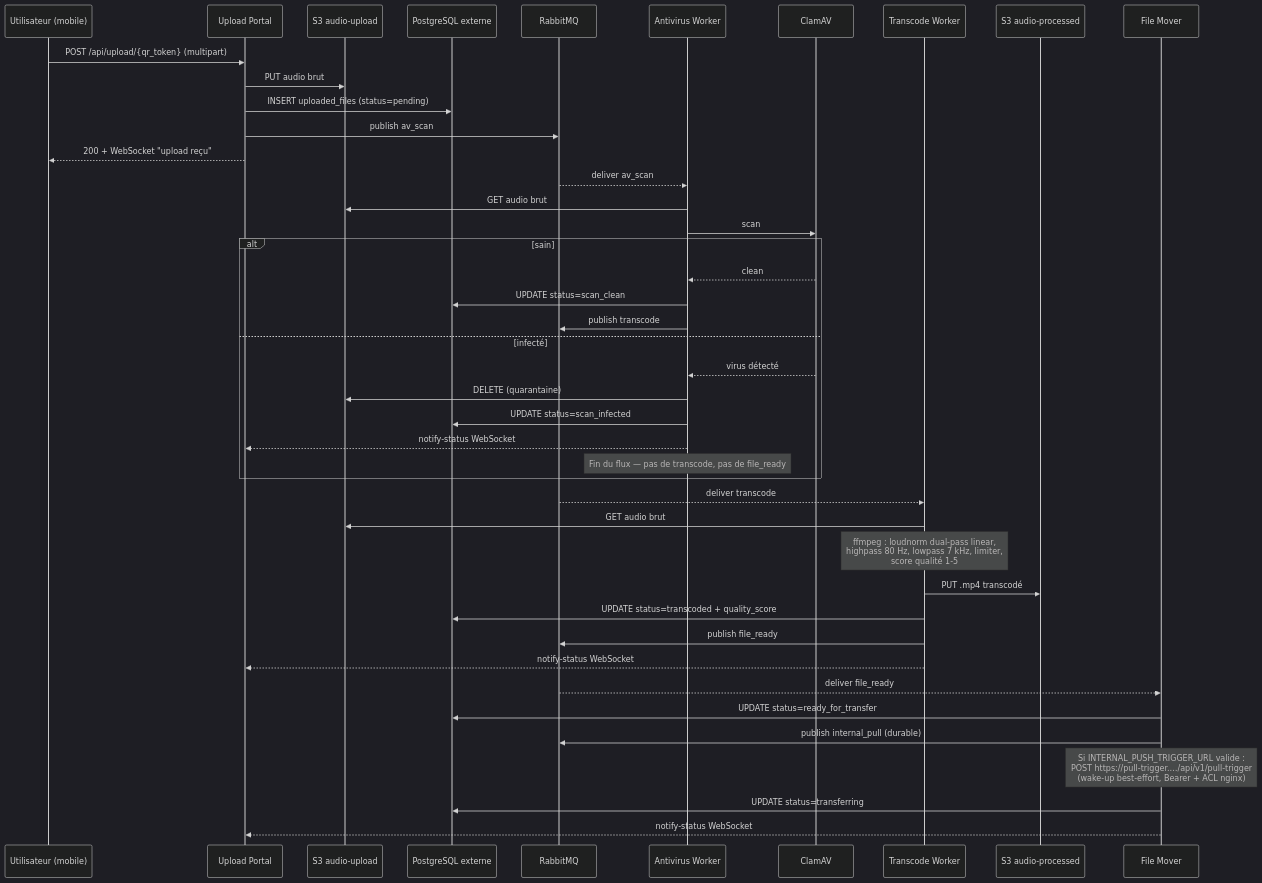
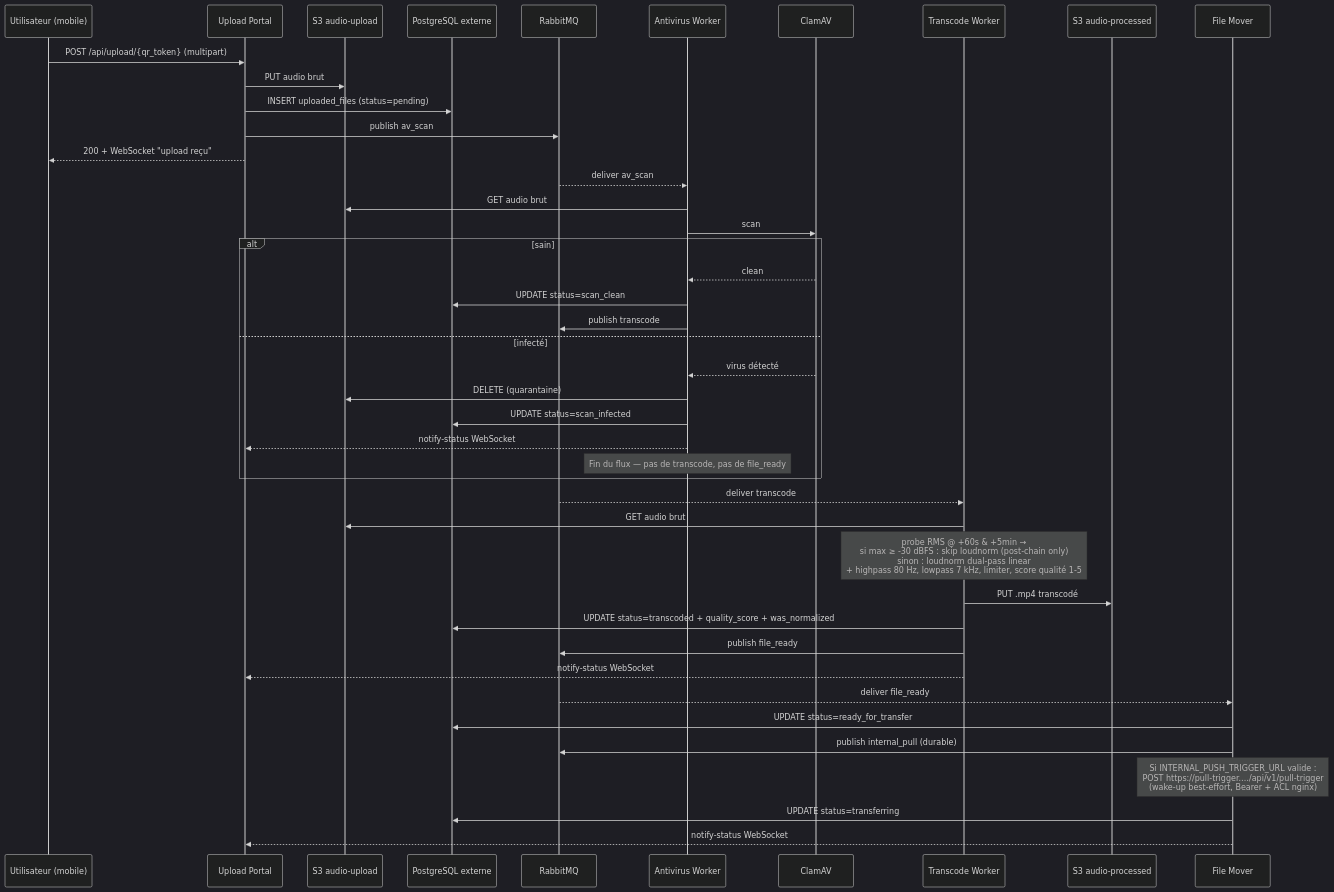
One commit to IA-Generative/mirai-mesreunions changed the second of 6 diagrams in docs/ARCHITECTURE.md. Above: the diagram before and after it, drawn with Mermaid (dark theme). The commit also changed 4 other files, not shown here.

First line of the commit message:
feat(transcode): auto-skip loudnorm when audio is already loud enough (#8)

````diff
--- a/docs/ARCHITECTURE.md
+++ b/docs/ARCHITECTURE.md
@@ -69,49 +69,49 @@
 ```mermaid
 sequenceDiagram
   participant U as Utilisateur (mobile)
   participant UP as Upload Portal
   participant S3U as S3 audio-upload
   participant PGE as PostgreSQL externe
   participant MQ as RabbitMQ
   participant AV as Antivirus Worker
   participant CLAM as ClamAV
   participant TR as Transcode Worker
   participant S3P as S3 audio-processed
   participant FM as File Mover
 
   U->>UP: POST /api/upload/{qr_token} (multipart)
   UP->>S3U: PUT audio brut
   UP->>PGE: INSERT uploaded_files (status=pending)
   UP->>MQ: publish av_scan
   UP-->>U: 200 + WebSocket "upload reçu"
 
   MQ-->>AV: deliver av_scan
   AV->>S3U: GET audio brut
   AV->>CLAM: scan
   alt sain
     CLAM-->>AV: clean
     AV->>PGE: UPDATE status=scan_clean
     AV->>MQ: publish transcode
   else infecté
     CLAM-->>AV: virus détecté
     AV->>S3U: DELETE (quarantaine)
     AV->>PGE: UPDATE status=scan_infected
     AV-->>UP: notify-status WebSocket
     Note over AV: Fin du flux — pas de transcode, pas de file_ready
   end
 
   MQ-->>TR: deliver transcode
   TR->>S3U: GET audio brut
-  Note over TR: ffmpeg : loudnorm dual-pass linear,<br/>highpass 80 Hz, lowpass 7 kHz, limiter,<br/>score qualité 1-5
+  Note over TR: probe RMS @ +60s & +5min →<br/>si max ≥ -30 dBFS : skip loudnorm (post-chain only)<br/>sinon : loudnorm dual-pass linear<br/>+ highpass 80 Hz, lowpass 7 kHz, limiter, score qualité 1-5
   TR->>S3P: PUT .mp4 transcodé
-  TR->>PGE: UPDATE status=transcoded + quality_score
+  TR->>PGE: UPDATE status=transcoded + quality_score + was_normalized
   TR->>MQ: publish file_ready
   TR-->>UP: notify-status WebSocket
 
   MQ-->>FM: deliver file_ready
   FM->>PGE: UPDATE status=ready_for_transfer
   FM->>MQ: publish internal_pull (durable)
   Note over FM: Si INTERNAL_PUSH_TRIGGER_URL valide :<br/>POST https://pull-trigger.…/api/v1/pull-trigger<br/>(wake-up best-effort, Bearer + ACL nginx)
   FM->>PGE: UPDATE status=transferring
   FM-->>UP: notify-status WebSocket
 ```
````
